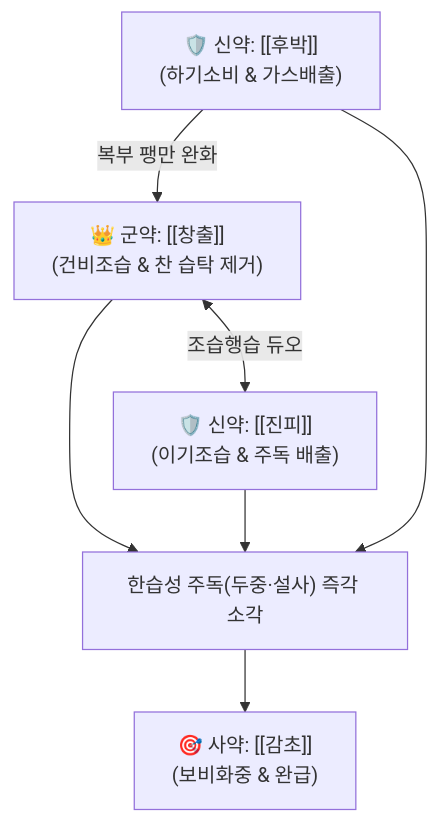
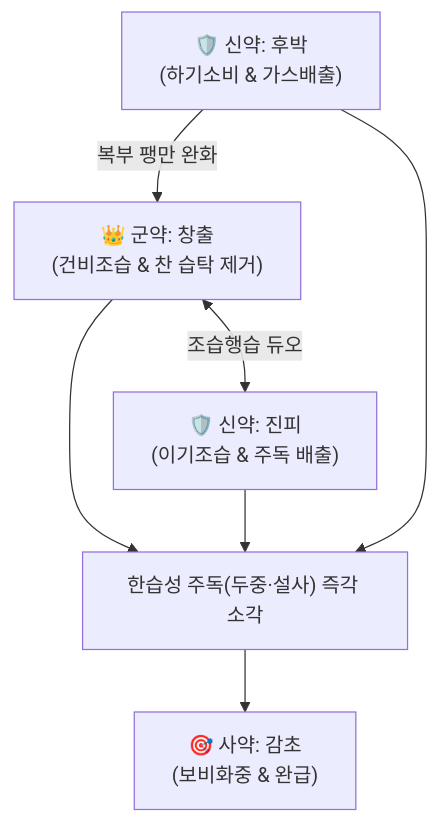
One commit to simbio11/simbio-digital-garden2 changed the diagram in content/2. 약리 공부/처방/03_화담·거습·이수제/대금음자.md. Above: the diagram before and after it, drawn with Mermaid. The commit also changed other lines of this file and 323 other files, not shown here.

````diff
--- a/content/2. 약리 공부/처방/03_화담·거습·이수제/대금음자.md
+++ b/content/2. 약리 공부/처방/03_화담·거습·이수제/대금음자.md
@@ -44,7 +46,7 @@
 ```mermaid
 graph TD
-    CC["👑 군약: [[창출]]<br>(건비조습 & 찬 습탁 제거)"] <-->|조습행습 듀오| JP["🛡️ 신약: [[진피]]<br>(이기조습 & 주독 배출)"]
-    HP["🛡️ 신약: [[후박]]<br>(하기소비 & 가스배출)"] -->|복부 팽만 완화| CC
+    CC["👑 군약: 창출<br>(건비조습 & 찬 습탁 제거)"] <-->|조습행습 듀오| JP["🛡️ 신약: 진피<br>(이기조습 & 주독 배출)"]
+    HP["🛡️ 신약: 후박<br>(하기소비 & 가스배출)"] -->|복부 팽만 완화| CC
     CC & JP & HP --> X["한습성 주독(두중·설사) 즉각 소각"]
-    X --> GC["🎯 사약: [[감초]]<br>(보비화중 & 완급)"]
+    X --> GC["🎯 사약: 감초<br>(보비화중 & 완급)"]
 ```
````
